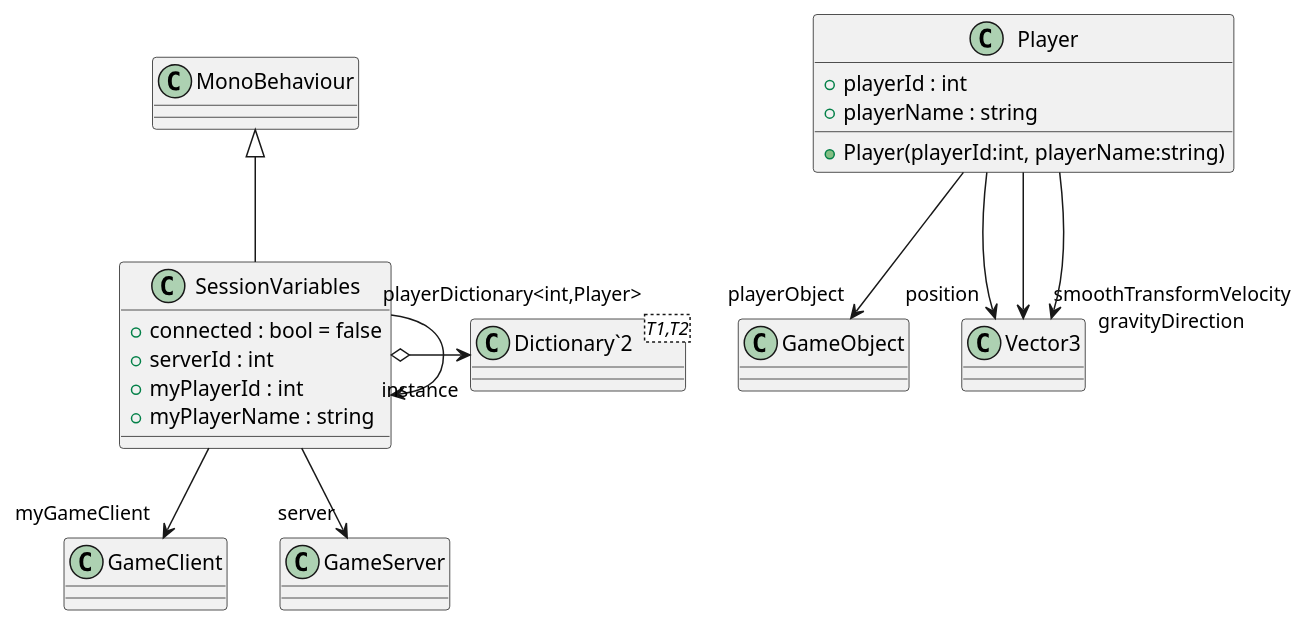
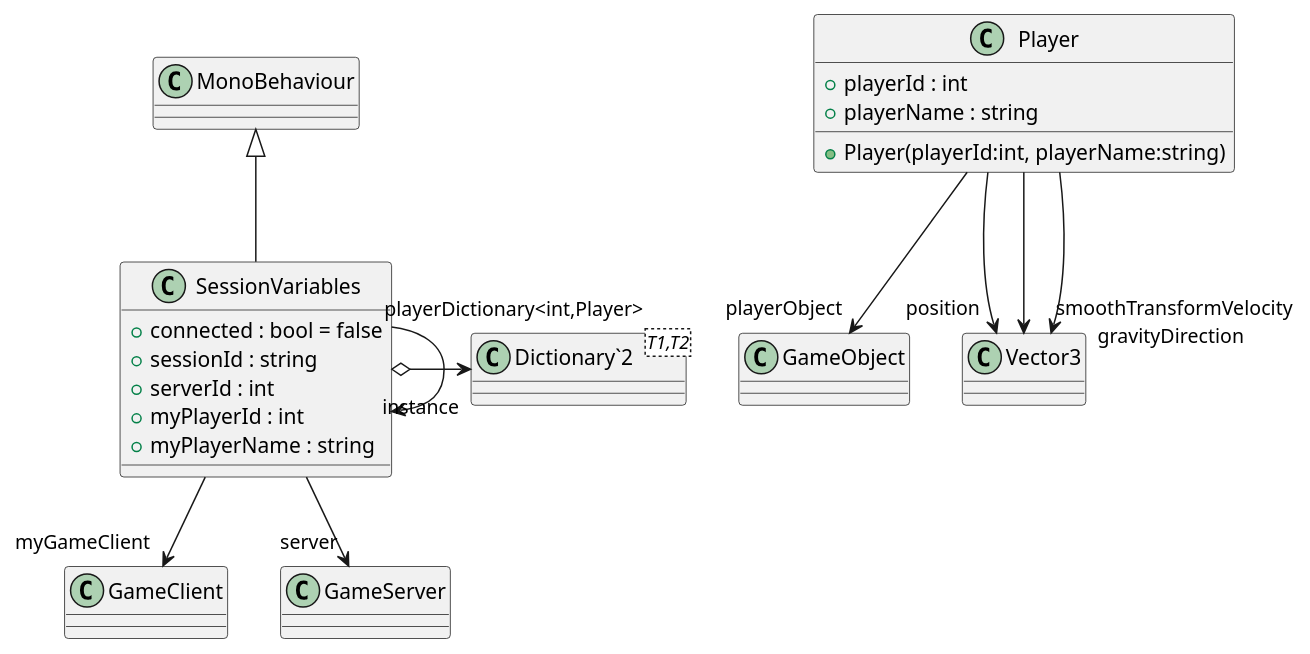
Before and after one commit to McYvar/NetworkProgramming: the diagram in UML/UnityProjectKernmoduleNetwork/Assets/Scripts/SessionVariables.puml, drawn with PlantUML. The commit also changed 3 other files, not shown here.

Commit message:
Generate UML (Generate UML)

```diff
--- a/UML/UnityProjectKernmoduleNetwork/Assets/Scripts/SessionVariables.puml
+++ b/UML/UnityProjectKernmoduleNetwork/Assets/Scripts/SessionVariables.puml
@@ -1,24 +1,25 @@
 @startuml
 class SessionVariables {
     + connected : bool = false
+    + sessionId : string
     + serverId : int
     + myPlayerId : int
     + myPlayerName : string
 }
 class Player {
     + playerId : int
     + playerName : string
     + Player(playerId:int, playerName:string)
 }
 class "Dictionary`2"<T1,T2> {
 }
 MonoBehaviour <|-- SessionVariables
 SessionVariables o-> "playerDictionary<int,Player>" "Dictionary`2"
 SessionVariables --> "myGameClient" GameClient
 SessionVariables --> "server" GameServer
 SessionVariables --> "instance" SessionVariables
 Player --> "playerObject" GameObject
 Player --> "position" Vector3
 Player --> "smoothTransformVelocity" Vector3
 Player --> "gravityDirection" Vector3
 @enduml
```
